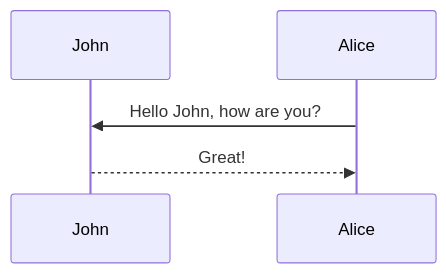
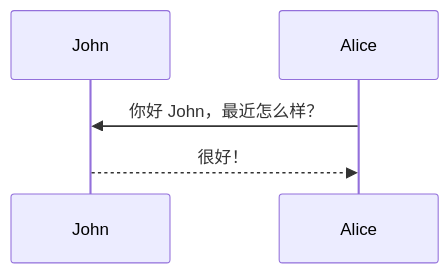
The diagram in _posts/2021-07-04-diagrams.md (Cresc3nt/Cresc3nt.github.io), drawn with Mermaid before and after one commit. The commit also changed other lines of this file and 17 other files, not shown here.

````diff
--- a/_posts/2021-07-04-diagrams.md
+++ b/_posts/2021-07-04-diagrams.md
@@ -28,7 +28,7 @@
 ```mermaid
 sequenceDiagram
     participant John
     participant Alice
-    Alice->>John: Hello John, how are you?
-    John-->>Alice: Great!
+    Alice->>John: 你好 John，最近怎么样？
+    John-->>Alice: 很好！
 ```
````
